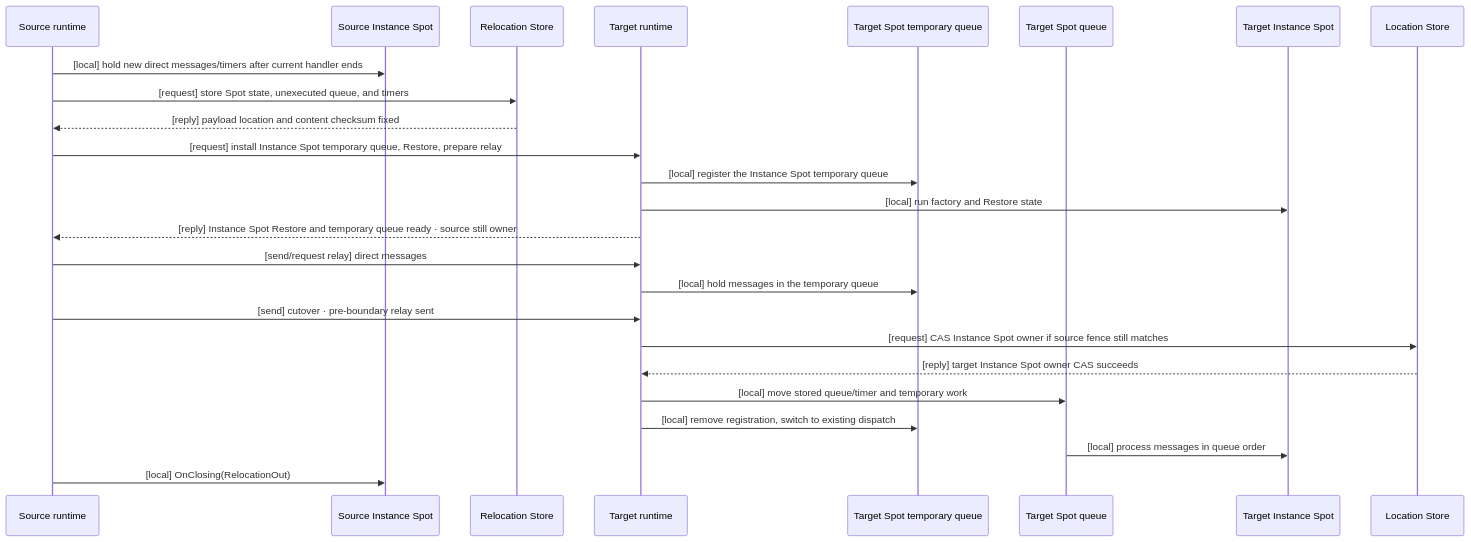
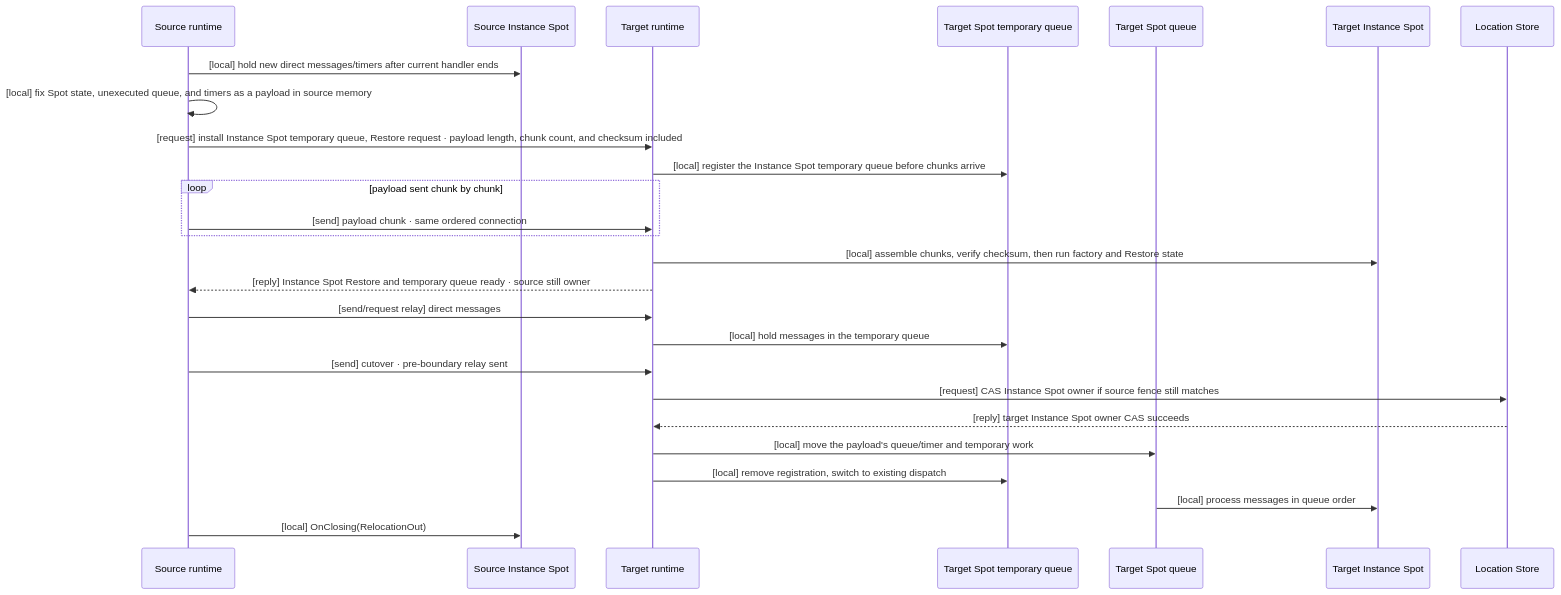
The eighth of 8 diagrams in framework/doc/framework/common/spec/server/30-host-relocation-flow.en.md (zlink-systems/zlink), drawn with Mermaid before and after one commit. The commit also changed other lines of this file and 145 other files, not shown here.

````diff
--- a/framework/doc/framework/common/spec/server/30-host-relocation-flow.en.md
+++ b/framework/doc/framework/common/spec/server/30-host-relocation-flow.en.md
@@ -824,28 +901,29 @@
 ```mermaid
 sequenceDiagram
     participant SourceRuntime as Source runtime
     participant SourceSpot as Source Instance Spot
-    participant RelocationStore as Relocation Store
     participant TargetRuntime as Target runtime
     participant TargetTemp as Target Spot temporary queue
     participant TargetQueue as Target Spot queue
     participant TargetSpot as Target Instance Spot
     participant LocationStore as Location Store
 
     SourceRuntime->>SourceSpot: [local] hold new direct messages/timers after current handler ends
-    SourceRuntime->>RelocationStore: [request] store Spot state, unexecuted queue, and timers
-    RelocationStore-->>SourceRuntime: [reply] payload location and content checksum fixed
-    SourceRuntime->>TargetRuntime: [request] install Instance Spot temporary queue, Restore, prepare relay
-    TargetRuntime->>TargetTemp: [local] register the Instance Spot temporary queue
-    TargetRuntime->>TargetSpot: [local] run factory and Restore state
+    SourceRuntime->>SourceRuntime: [local] fix Spot state, unexecuted queue, and timers as a payload in source memory
+    SourceRuntime->>TargetRuntime: [request] install Instance Spot temporary queue, Restore request · payload length, chunk count, and checksum included
+    TargetRuntime->>TargetTemp: [local] register the Instance Spot temporary queue before chunks arrive
+    loop payload sent chunk by chunk
+        SourceRuntime->>TargetRuntime: [send] payload chunk · same ordered connection
+    end
+    TargetRuntime->>TargetSpot: [local] assemble chunks, verify checksum, then run factory and Restore state
     TargetRuntime-->>SourceRuntime: [reply] Instance Spot Restore and temporary queue ready · source still owner
     SourceRuntime->>TargetRuntime: [send/request relay] direct messages
     TargetRuntime->>TargetTemp: [local] hold messages in the temporary queue
     SourceRuntime->>TargetRuntime: [send] cutover · pre-boundary relay sent
     TargetRuntime->>LocationStore: [request] CAS Instance Spot owner if source fence still matches
     LocationStore-->>TargetRuntime: [reply] target Instance Spot owner CAS succeeds
-    TargetRuntime->>TargetQueue: [local] move stored queue/timer and temporary work
+    TargetRuntime->>TargetQueue: [local] move the payload's queue/timer and temporary work
     TargetRuntime->>TargetTemp: [local] remove registration, switch to existing dispatch
     TargetQueue->>TargetSpot: [local] process messages in queue order
     SourceRuntime->>SourceSpot: [local] OnClosing(RelocationOut)
 ```
````
